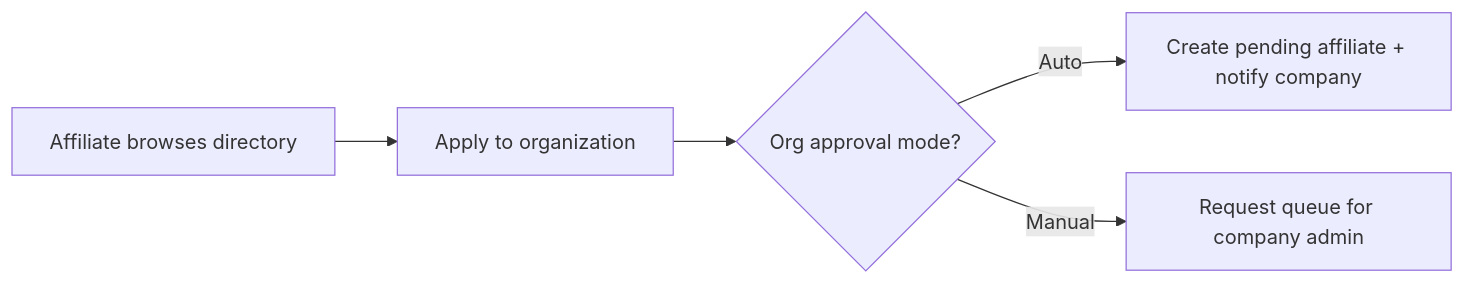
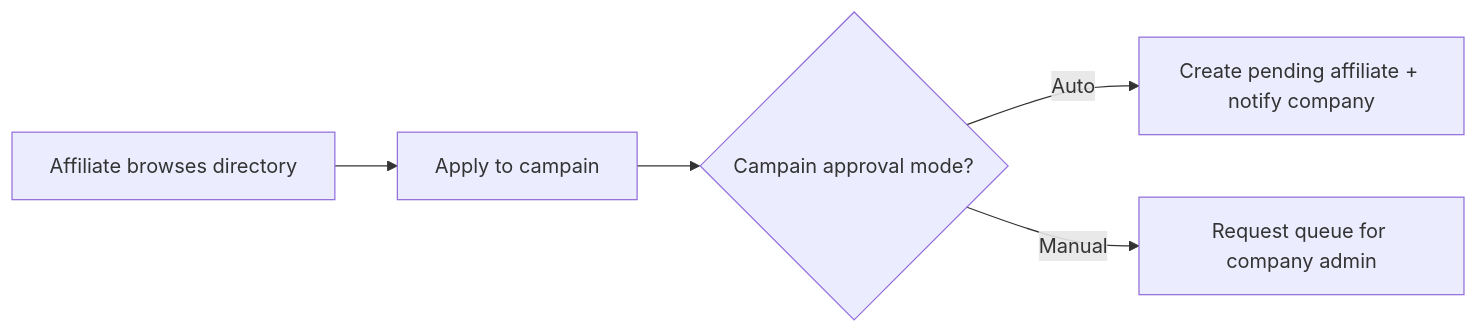
The second of 2 diagrams in docs/13-affiliate-onboarding-and-discovery.md (stelgkio/AffilFlow), drawn with Mermaid before and after one commit. The commit also changed other lines of this file and 58 other files, not shown here.

````diff
--- a/docs/13-affiliate-onboarding-and-discovery.md
+++ b/docs/13-affiliate-onboarding-and-discovery.md
@@ -68,8 +68,8 @@
 ```mermaid
 flowchart LR
   A[Affiliate browses directory]
-  A --> B[Apply to organization]
-  B --> C{Org approval mode?}
+  A --> B[Apply to campain]
+  B --> C{Campain approval mode?}
   C -->|Auto| D[Create pending affiliate + notify company]
   C -->|Manual| E[Request queue for company admin]
 ```
````
